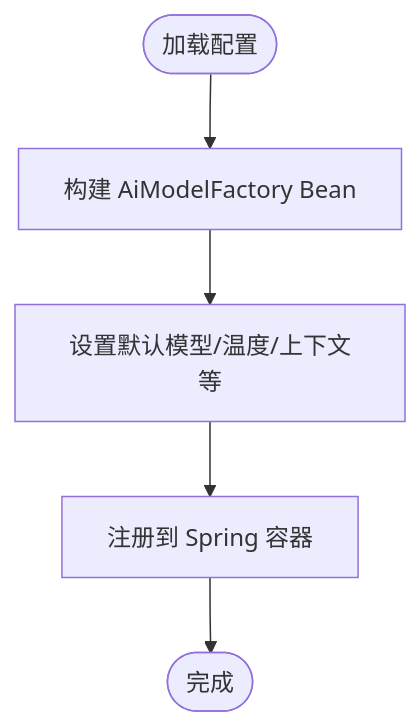
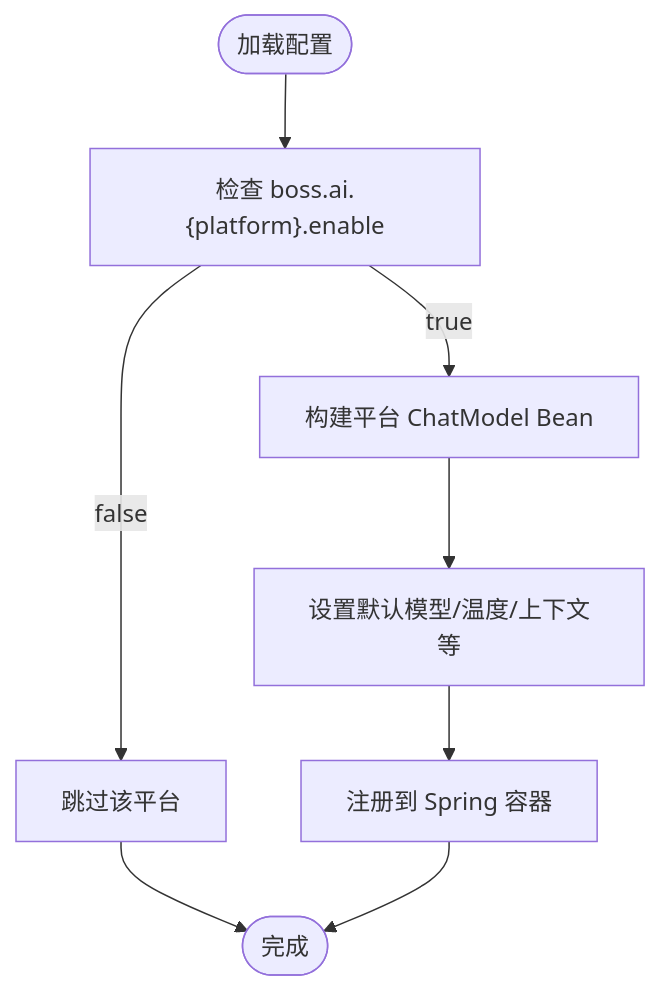
Before and after one commit to X555LB/data-ai: the fourth of 6 diagrams in .qoder/repowiki/zh/content/AI模型管理/模型类型与平台配置.md, drawn with Mermaid. The commit also changed other lines of this file and 9 other files, not shown here.

````diff
--- a/.qoder/repowiki/zh/content/AI模型管理/模型类型与平台配置.md
+++ b/.qoder/repowiki/zh/content/AI模型管理/模型类型与平台配置.md
@@ -234,7 +257,10 @@
 ```mermaid
 flowchart TD
-Start(["加载配置"]) --> BuildBean["构建 AiModelFactory Bean"]
+Start(["加载配置"]) --> CheckEnable["检查 boss.ai.{platform}.enable"]
+CheckEnable --> |true| BuildBean["构建平台 ChatModel Bean"]
+CheckEnable --> |false| Skip["跳过该平台"]
 BuildBean --> SetDefaults["设置默认模型/温度/上下文等"]
 SetDefaults --> Register["注册到 Spring 容器"]
-Register --> End(["完成"])
+Skip --> End(["完成"])
+Register --> End
 ```
````
